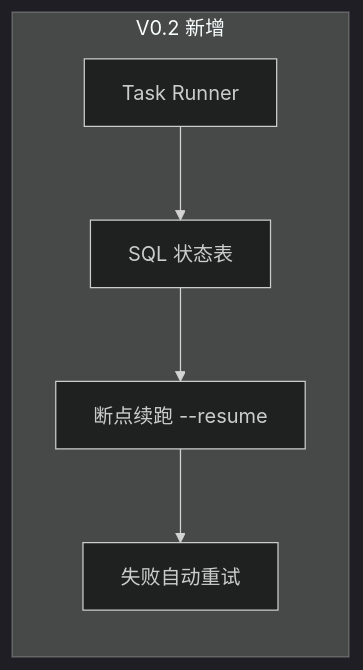
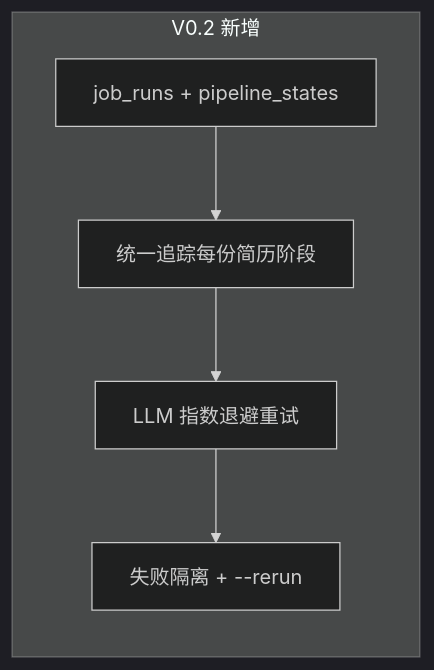
Before and after one commit to MT-SUPER-POWER/ResumeAgent: the third of 6 diagrams in docs/roadmap.md, drawn with Mermaid (dark theme). The commit also changed other lines of this file, not shown here.

Commit message:
docs: sync roadmap with V0.2 actual + V0.3 design

````diff
--- a/docs/roadmap.md
+++ b/docs/roadmap.md
@@ -81,8 +83,8 @@
 ```mermaid
 flowchart LR
   subgraph V02["V0.2 新增"]
-    A["Task Runner"] --> B["SQL 状态表"]
-    B --> C["断点续跑 --resume"]
-    C --> D["失败自动重试"]
+    A["job_runs + pipeline_states"] --> B["统一追踪每份简历阶段"]
+    B --> C["LLM 指数退避重试"]
+    C --> D["失败隔离 + --rerun"]
   end
 ```
````
